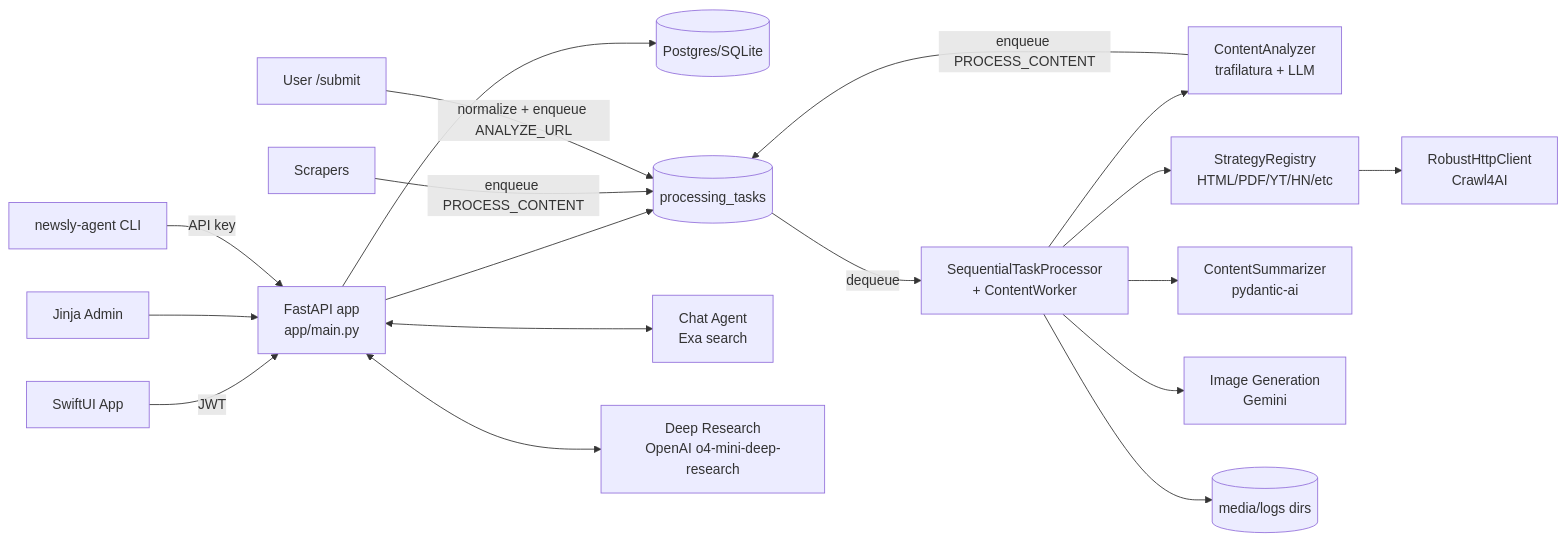
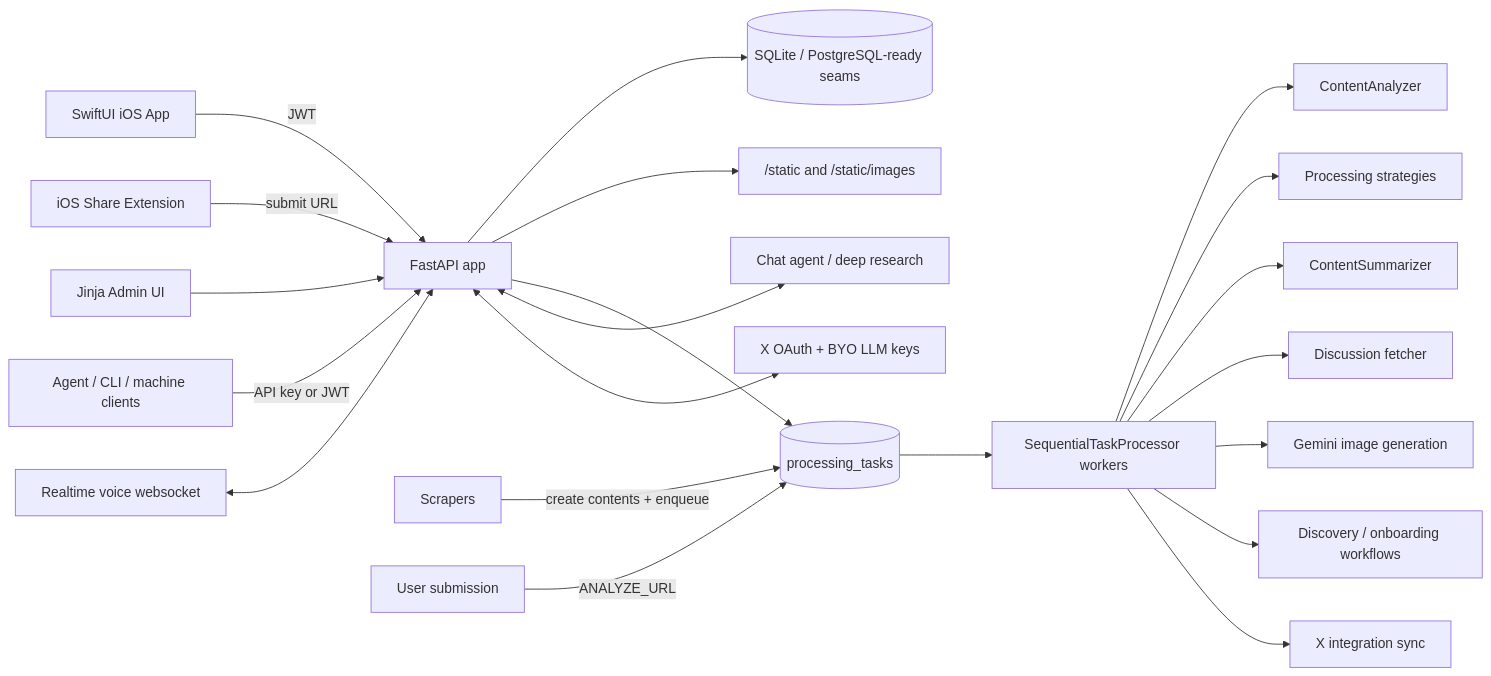
The first of 2 diagrams in docs/architecture.md (willemave/newsbuddy), drawn with Mermaid before and after one commit. The commit also changed other lines of this file and 19 other files, not shown here.

````diff
--- a/docs/architecture.md
+++ b/docs/architecture.md
@@ -26,20 +44,27 @@
 ```mermaid
 flowchart LR
-  iOS[SwiftUI App] -->|JWT| API[FastAPI app\napp/main.py]
-  Admin[Jinja Admin] --> API
-  CLI[newsly-agent CLI] -->|API key| API
-  API --> DB[(Postgres/SQLite)]
+  iOS["SwiftUI iOS App"] -->|JWT| API["FastAPI app"]
+  Share["iOS Share Extension"] -->|submit URL| API
+  Admin["Jinja Admin UI"] --> API
+  Agent["Agent / CLI / machine clients"] -->|API key or JWT| API
+
+  API --> DB[(SQLite / PostgreSQL-ready seams)]
+  API --> Static["/static and /static/images"]
   API --> Queue[(processing_tasks)]
-  Scrapers -->|enqueue PROCESS_CONTENT| Queue
-  UserSubmit[User /submit] -->|normalize + enqueue ANALYZE_URL| Queue
-  Queue -->|dequeue| Worker[SequentialTaskProcessor\n+ ContentWorker]
-  Worker --> Analyzer[ContentAnalyzer\ntrafilatura + LLM]
-  Analyzer -->|enqueue PROCESS_CONTENT| Queue
-  Worker --> Strategies[StrategyRegistry\nHTML/PDF/YT/HN/etc]
-  Strategies --> HTTP[RobustHttpClient\nCrawl4AI]
-  Worker --> LLM[ContentSummarizer\npydantic-ai]
-  Worker --> ImageGen[Image Generation\nGemini]
-  Worker --> Media[(media/logs dirs)]
-  API <--> Chat[Chat Agent\nExa search]
-  API <--> DeepResearch[Deep Research\nOpenAI o4-mini-deep-research]
+
+  Scrapers["Scrapers"] -->|create contents + enqueue| Queue
+  Submit["User submission"] -->|ANALYZE_URL| Queue
+  Voice["Realtime voice websocket"] <--> API
+
+  Queue --> Workers["SequentialTaskProcessor workers"]
+  Workers --> Analyzer["ContentAnalyzer"]
+  Workers --> Strategies["Processing strategies"]
+  Workers --> Summarizer["ContentSummarizer"]
+  Workers --> Discussion["Discussion fetcher"]
+  Workers --> ImageGen["Gemini image generation"]
+  Workers --> Discovery["Discovery / onboarding workflows"]
+  Workers --> XSync["X integration sync"]
+
+  API <--> Chat["Chat agent / deep research"]
+  API <--> Integrations["X OAuth + BYO LLM keys"]
 ```
````
